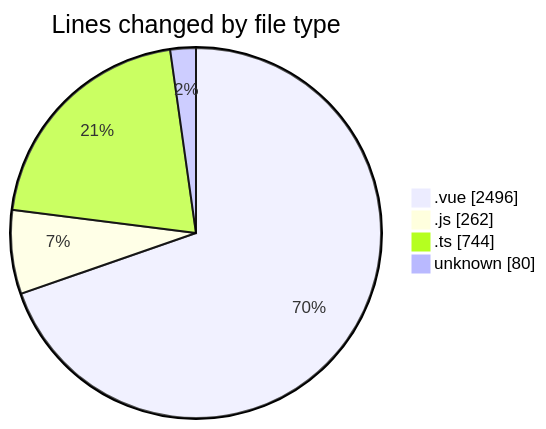
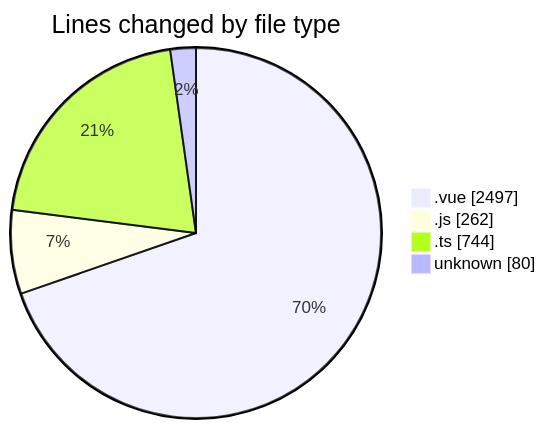
The first of 2 diagrams in 2025-08-11/rentotp/README.md (lephambinh05/code-tracking), drawn with Mermaid before and after one commit. The commit also changed other lines of this file and 1 other file, not shown here.

````diff
--- a/2025-08-11/rentotp/README.md
+++ b/2025-08-11/rentotp/README.md
@@ -36,8 +36,8 @@
 ```mermaid
 pie showData
 title Lines changed by file type
-".vue" : 2496
+".vue" : 2497
 ".js" : 262
 ".ts" : 744
 "unknown" : 80
 ```
````
